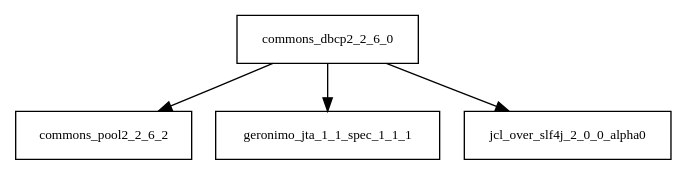
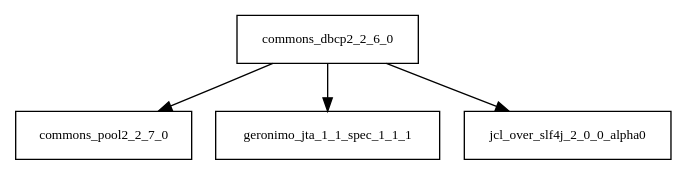
Before and after one commit to Hack23/cia: the diagram in tattleTaleReport/graphviz/commons-dbcp2-2.6.0.jar/commons-dbcp2-2.6.0.jar.dot, drawn with Graphviz. The commit also changed 2920 other files, not shown here.

```diff
--- a/tattleTaleReport/graphviz/commons-dbcp2-2.6.0.jar/commons-dbcp2-2.6.0.jar.dot
+++ b/tattleTaleReport/graphviz/commons-dbcp2-2.6.0.jar/commons-dbcp2-2.6.0.jar.dot
@@ -1,6 +1,6 @@
 digraph commons_dbcp2_2_6_0_dependencies {
   node [shape = box, fontsize=10.0];
-  commons_dbcp2_2_6_0 -> commons_pool2_2_6_2;
+  commons_dbcp2_2_6_0 -> commons_pool2_2_7_0;
   commons_dbcp2_2_6_0 -> geronimo_jta_1_1_spec_1_1_1;
   commons_dbcp2_2_6_0 -> jcl_over_slf4j_2_0_0_alpha0;
 }
```
